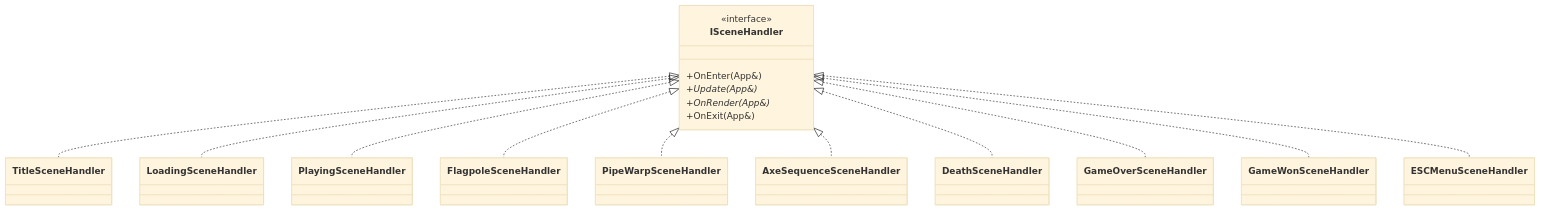
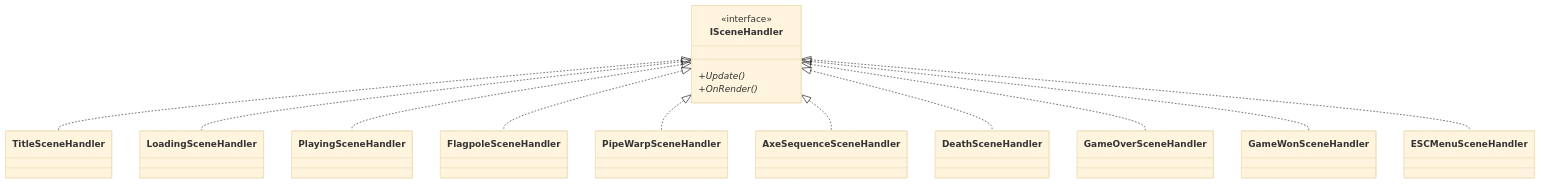
Before and after one commit to Andy87877/NTUT_OOPL_mario: the third of 5 diagrams in 2026OOPL_Final.md, drawn with Mermaid (base theme). The commit also changed other lines of this file and 61 other files, not shown here.

````diff
--- a/2026OOPL_Final.md
+++ b/2026OOPL_Final.md
@@ -314,34 +157,18 @@
 ```mermaid
 classDiagram
-    direction TB
-
     class ISceneHandler {
         <<interface>>
-        +OnEnter(App&)
-        +Update(App&)*
-        +OnRender(App&)*
-        +OnExit(App&)
+        +Update()*
+        +OnRender()*
     }
-
-    class TitleSceneHandler
-    class LoadingSceneHandler
-    class PlayingSceneHandler
-    class FlagpoleSceneHandler
-    class PipeWarpSceneHandler
-    class AxeSequenceSceneHandler
-    class DeathSceneHandler
-    class GameOverSceneHandler
-    class GameWonSceneHandler
-    class ESCMenuSceneHandler
-
     ISceneHandler <|.. TitleSceneHandler
     ISceneHandler <|.. LoadingSceneHandler
     ISceneHandler <|.. PlayingSceneHandler
     ISceneHandler <|.. FlagpoleSceneHandler
     ISceneHandler <|.. PipeWarpSceneHandler
     ISceneHandler <|.. AxeSequenceSceneHandler
     ISceneHandler <|.. DeathSceneHandler
     ISceneHandler <|.. GameOverSceneHandler
     ISceneHandler <|.. GameWonSceneHandler
     ISceneHandler <|.. ESCMenuSceneHandler
 ```
````
